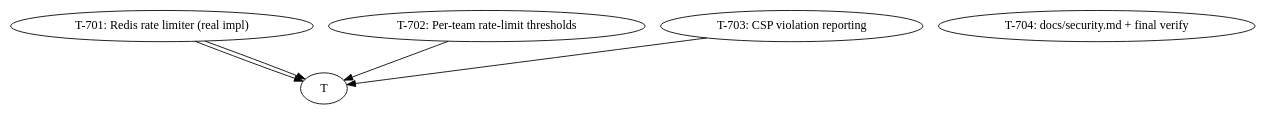
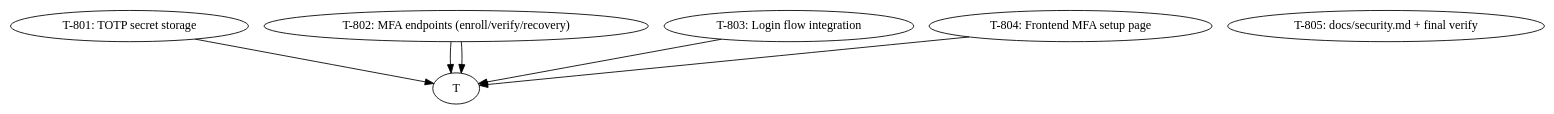
The diagram in .aidlc/plan.md (choguun/real-estate-ai-agent), drawn with Graphviz before and after one commit. The commit also changed other lines of this file, not shown here.

Commit message:
plan: cycle 8 — 5 vertical slices (TOTP storage → endpoints → login → frontend → docs)

````diff
--- a/.aidlc/plan.md
+++ b/.aidlc/plan.md
@@ -93,13 +106,15 @@
 ```dot
-digraph cycle7 {
-    T-701 [label="T-701: Redis rate limiter (real impl)"];
-    T-702 [label="T-702: Per-team rate-limit thresholds"];
-    T-703 [label="T-703: CSP violation reporting"];
-    T-704 [label="T-704: docs/security.md + final verify"];
+digraph cycle8 {
+    T-801 [label="T-801: TOTP secret storage"];
+    T-802 [label="T-802: MFA endpoints (enroll/verify/recovery)"];
+    T-803 [label="T-803: Login flow integration"];
+    T-804 [label="T-804: Frontend MFA setup page"];
+    T-805 [label="T-805: docs/security.md + final verify"];
 
-    T-701 -> T-702;
-    T-701 -> T-703;
-    T-702 -> T-704;
-    T-703 -> T-704;
+    T-801 -> T-802;
+    T-802 -> T-803;
+    T-802 -> T-804;
+    T-803 -> T-805;
+    T-804 -> T-805;
 }
 ```
````
